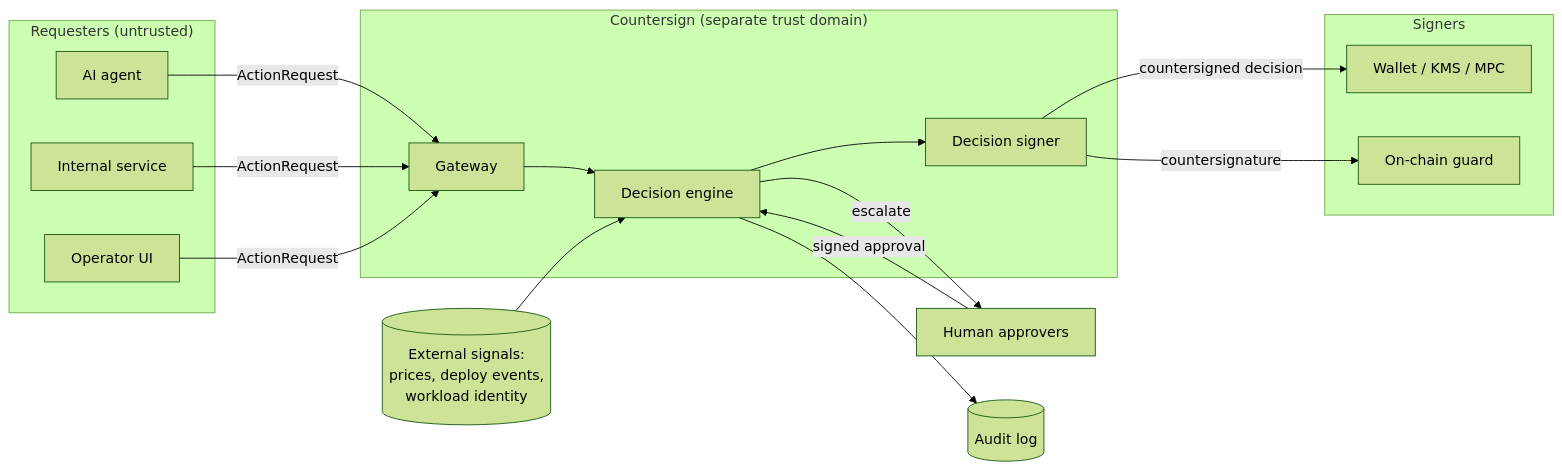
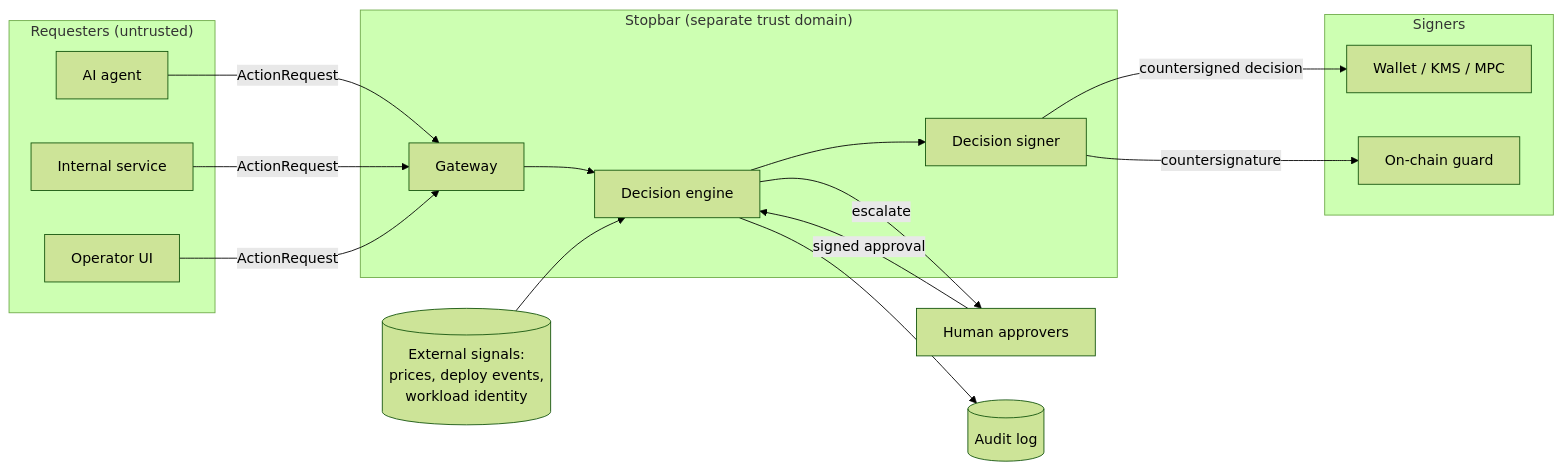
Before and after one commit to NikhilSetiya/stopbar: the first of 4 diagrams in docs/HLD.md, drawn with Mermaid (forest theme). The commit also changed other lines of this file and 20 other files, not shown here.

````diff
--- a/docs/HLD.md
+++ b/docs/HLD.md
@@ -20,30 +20,30 @@
 ```mermaid
 flowchart LR
     subgraph Requesters["Requesters (untrusted)"]
         A[AI agent]
         S[Internal service]
         U[Operator UI]
     end
-    subgraph CS["Countersign (separate trust domain)"]
+    subgraph CS["Stopbar (separate trust domain)"]
         G[Gateway]
         E[Decision engine]
         DS[Decision signer]
     end
     subgraph Signers
         W[Wallet / KMS / MPC]
         SG[On-chain guard]
     end
     H[Human approvers]
     X[(External signals:<br/>prices, deploy events,<br/>workload identity)]
     L[(Audit log)]
 
     A & S & U -->|ActionRequest| G
     G --> E
     X --> E
     E -->|escalate| H
     H -->|signed approval| E
     E --> DS
     DS -->|countersigned decision| W
     DS -->|countersignature| SG
     E --> L
 ```
````
